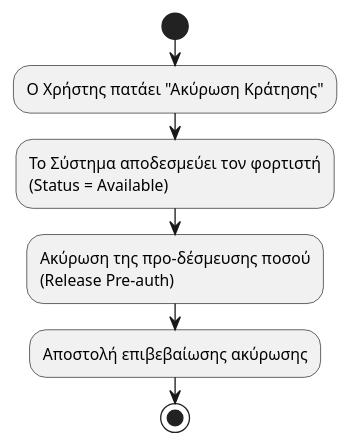
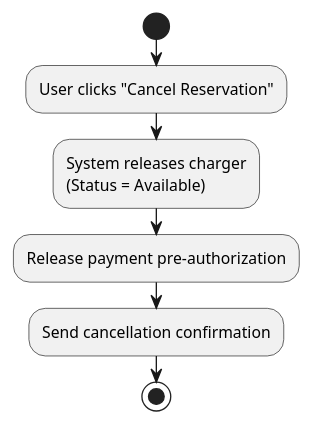
The second of 3 diagrams in documentation/SRS.md (sotiriskavadakis/softeng25-42), drawn with PlantUML before and after one commit. The commit also changed other lines of this file, not shown here.

Commit message:
alternate flows for use case 2

````diff
--- a/documentation/SRS.md
+++ b/documentation/SRS.md
@@ -319,12 +320,11 @@
 ```plantuml
 @startuml
 start
-:Ο Χρήστης πατάει "Ακύρωση Κράτησης";
-:Το Σύστημα αποδεσμεύει τον φορτιστή
+:User clicks "Cancel Reservation";
+:System releases charger
 (Status = Available);
-:Ακύρωση της προ-δέσμευσης ποσού
-(Release Pre-auth);
-:Αποστολή επιβεβαίωσης ακύρωσης;
+:Release payment pre-authorization;
+:Send cancellation confirmation;
 stop
 @enduml
 ```
````
